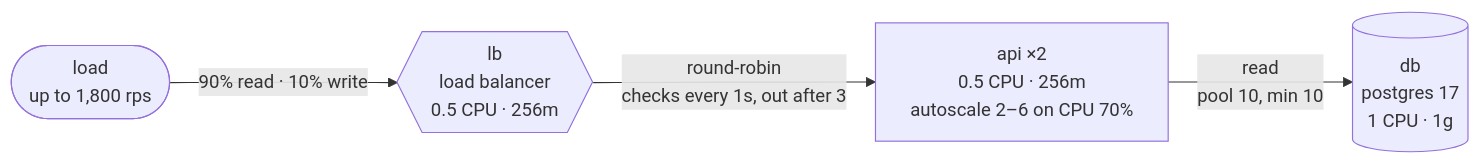
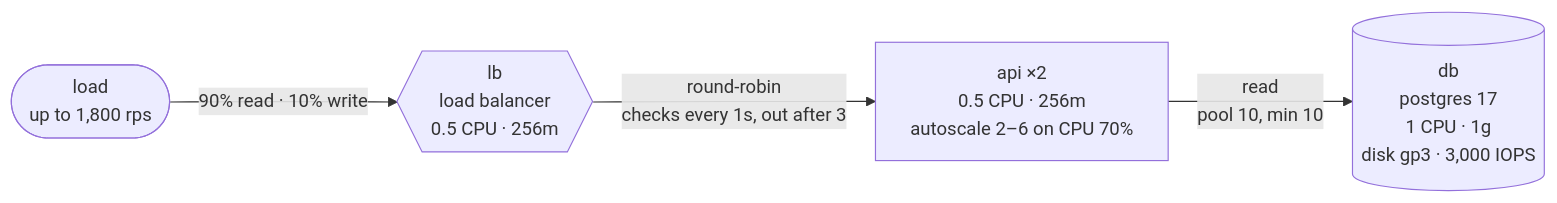
The diagram in scenarios/featured-on-hacker-news/README.md (akinfemi/load-lore), drawn with Mermaid before and after one commit. The commit also changed 125 other files, not shown here.

````diff
--- a/scenarios/featured-on-hacker-news/README.md
+++ b/scenarios/featured-on-hacker-news/README.md
@@ -9,10 +9,10 @@
 ```mermaid
 flowchart LR
     load(["load<br/>up to 1,800 rps"])
     lb{{"lb<br/>load balancer<br/>0.5 CPU · 256m"}}
     api["api ×2<br/>0.5 CPU · 256m<br/>autoscale 2–6 on CPU 70%"]
-    db[("db<br/>postgres 17<br/>1 CPU · 1g")]
+    db[("db<br/>postgres 17<br/>1 CPU · 1g<br/>disk gp3 · 3,000 IOPS")]
     load -->|"90% read · 10% write"| lb
     lb -->|"round-robin<br/>checks every 1s, out after 3"| api
     api -->|"read<br/>pool 10, min 10"| db
 ```
````
